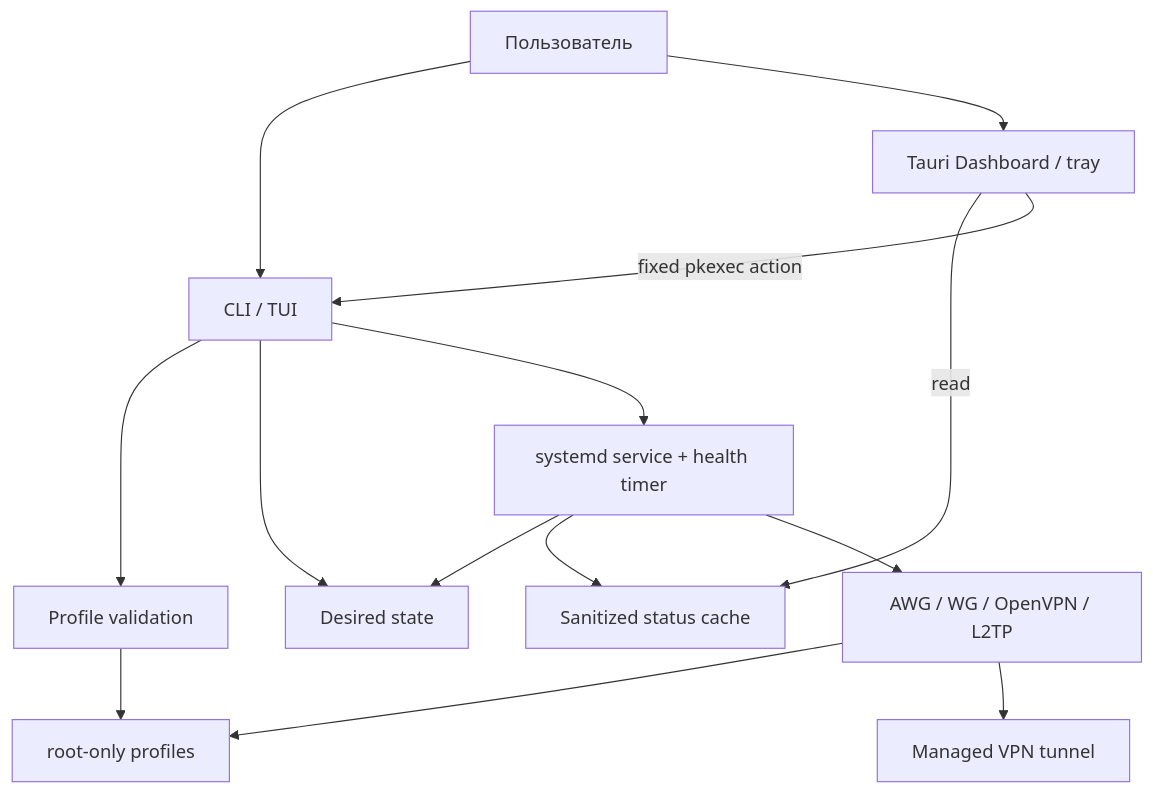
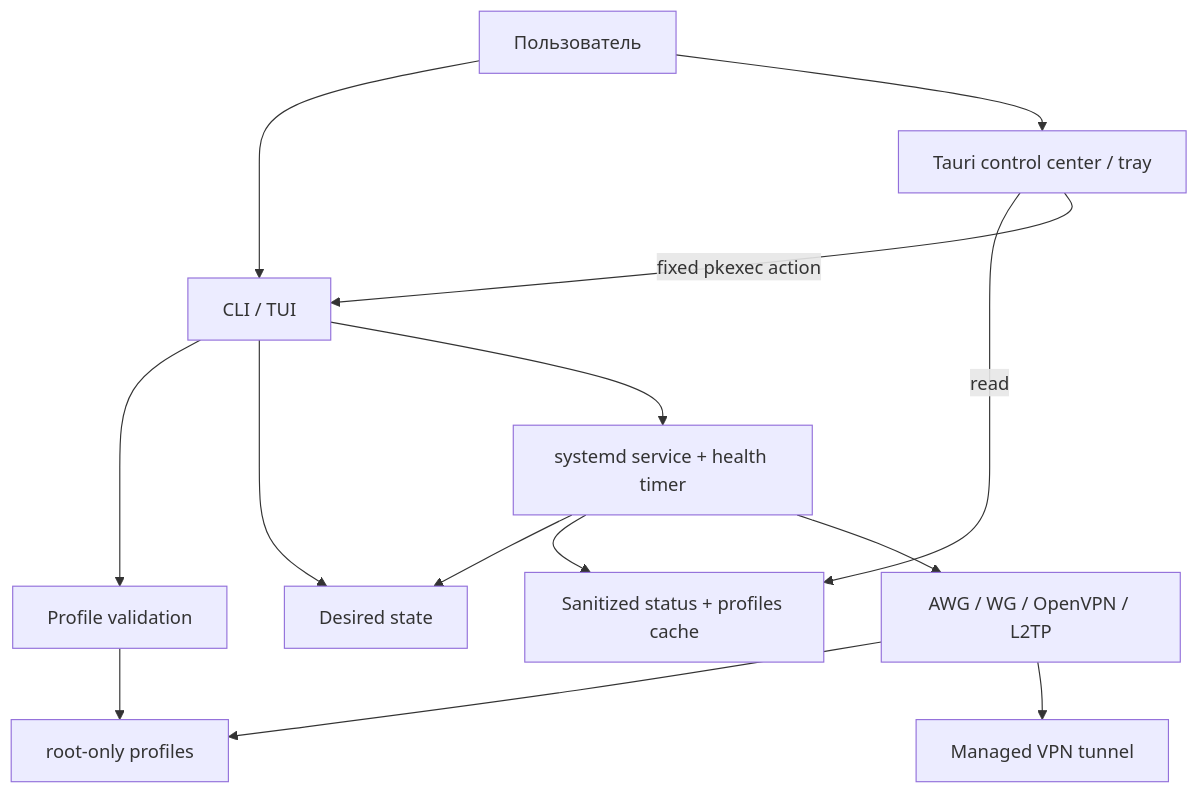
The first of 3 diagrams in wiki/Architecture.md (mazurovn/mazzy-vpn), drawn with Mermaid before and after one commit. The commit also changed other lines of this file and 45 other files, not shown here.

First line of the commit message:
Desktop Linux control center 0.2 and cross-platform release plan (#21)

````diff
--- a/wiki/Architecture.md
+++ b/wiki/Architecture.md
@@ -10,27 +10,27 @@
 ```mermaid
 flowchart TB
     User["Пользователь"]
     TUI["CLI / TUI"]
-    Desktop["Tauri Dashboard / tray"]
-    Cache["Sanitized status cache"]
+    Desktop["Tauri control center / tray"]
+    Cache["Sanitized status + profiles cache"]
     Validate["Profile validation"]
     State["Desired state"]
     Systemd["systemd service + health timer"]
     Engines["AWG / WG / OpenVPN / L2TP"]
     Profiles["root-only profiles"]
     Tunnel["Managed VPN tunnel"]
 
     User --> TUI
     User --> Desktop
     Desktop -->|read| Cache
     Desktop -->|fixed pkexec action| TUI
     TUI --> Validate
     Validate --> Profiles
     TUI --> State
     TUI --> Systemd
     Systemd --> State
     Systemd --> Cache
     Systemd --> Engines
     Engines --> Profiles
     Engines --> Tunnel
 ```
````
